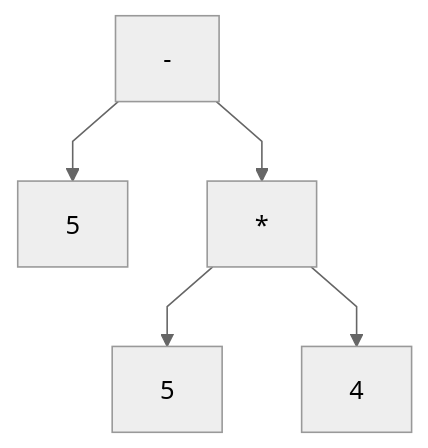
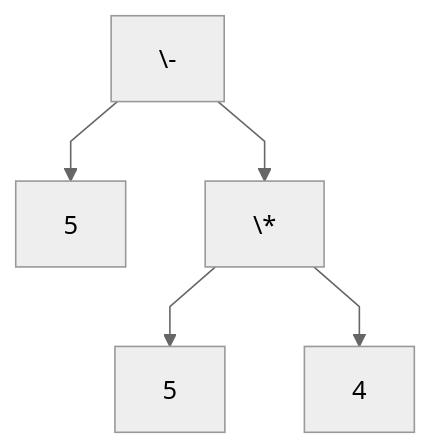
One commit to blackbat13/edu-cs-htiew-pl changed the third of 5 diagrams in docs/matura-z-informatyki/przygotowanie/algorithmic/simulations/arithmetic-tree/solution-1.md. Above: the diagram before and after it, drawn with Mermaid. The commit also changed other lines of this file, not shown here.

````diff
--- a/docs/matura-z-informatyki/przygotowanie/algorithmic/simulations/arithmetic-tree/solution-1.md
+++ b/docs/matura-z-informatyki/przygotowanie/algorithmic/simulations/arithmetic-tree/solution-1.md
@@ -33,8 +33,8 @@
 ```mermaid
 %%{init: {"flowchart": {"curve": "linear"}, "theme": "neutral"} }%%
 flowchart TD
     op1 --> op3["5"]
-    op1["-"] --> op2["*"]
+    op1["\-"] --> op2["\*"]
     op2 --> op4["5"]
     op2 --> n5["4"]
 ```
````
